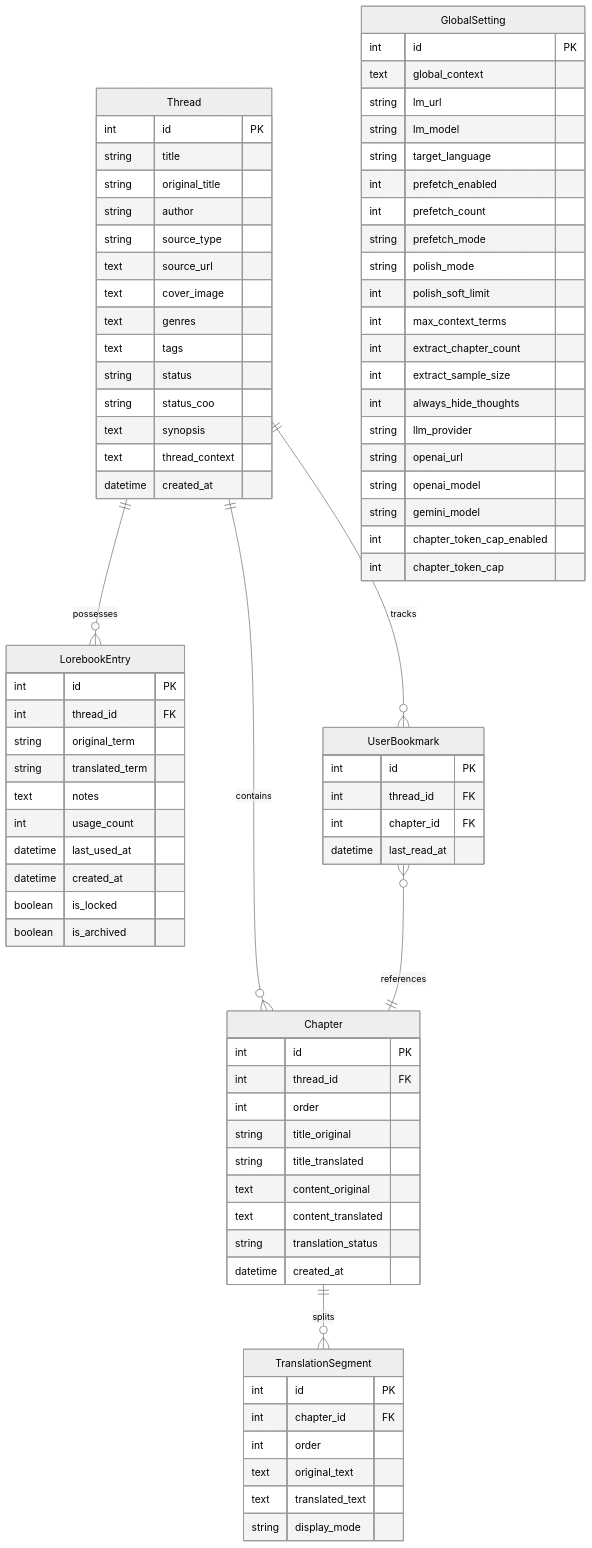
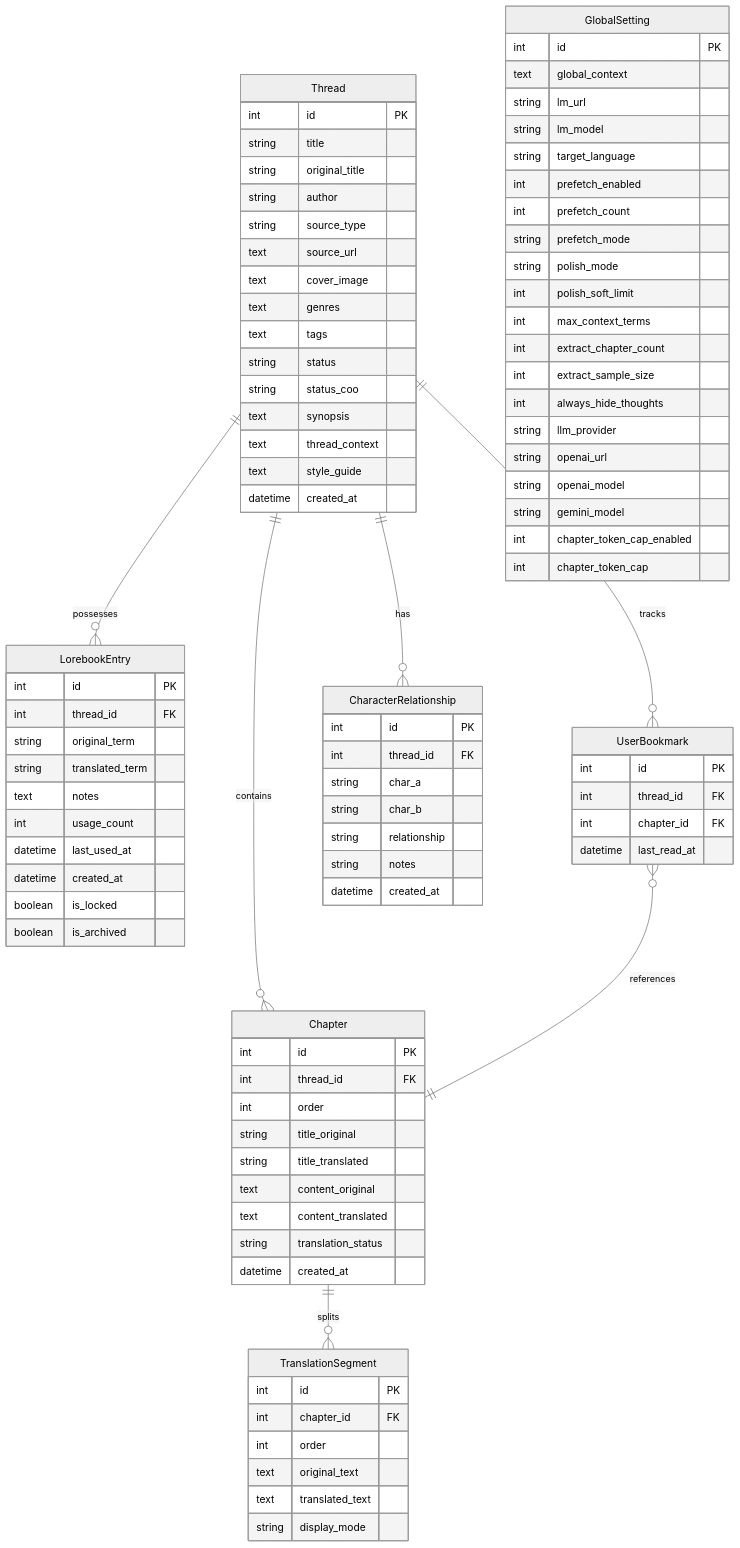
One commit to smone-jovan/Translator_Web changed the first of 2 diagrams in docs/Handoff.md. Above: the diagram before and after it, drawn with Mermaid (neutral theme). The commit also changed other lines of this file and 67 other files, not shown here.

```diff
--- a/docs/Handoff.md
+++ b/docs/Handoff.md
@@ -120,6 +122,19 @@
         string status_coo
         text synopsis
         text thread_context
+        text style_guide
+        datetime created_at
+    }
+    
+    Thread ||--o{ CharacterRelationship : has
+    
+    CharacterRelationship {
+        int id PK
+        int thread_id FK
+        string char_a
+        string char_b
+        string relationship
+        string notes
         datetime created_at
     }
     
```
